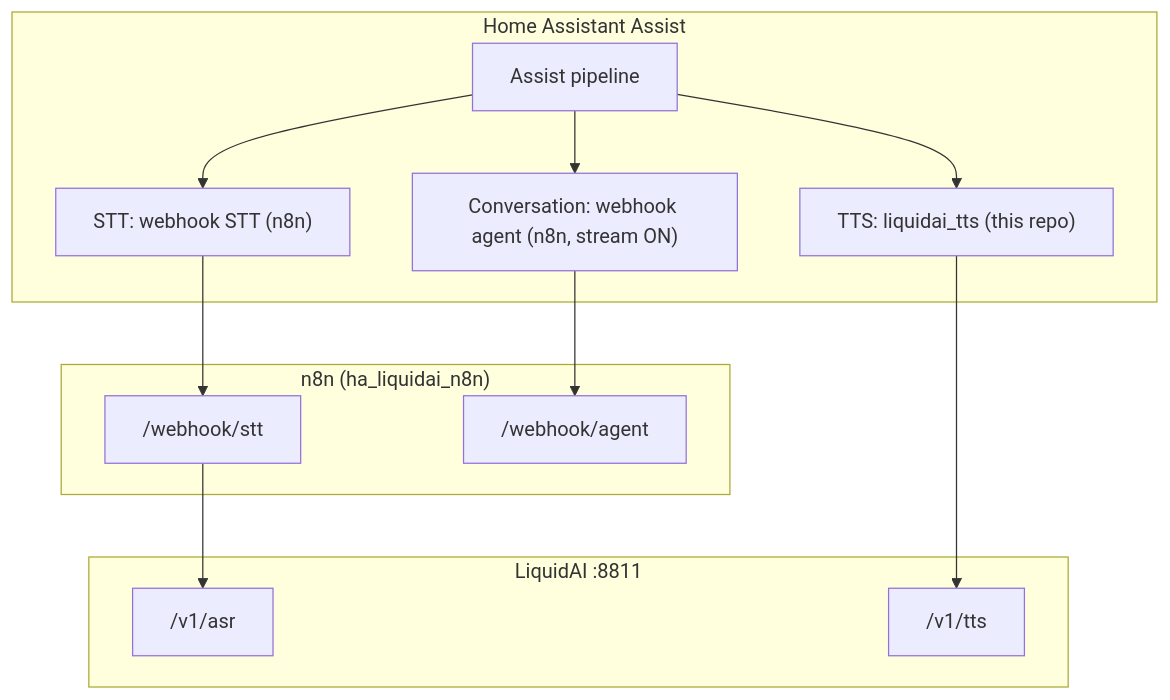
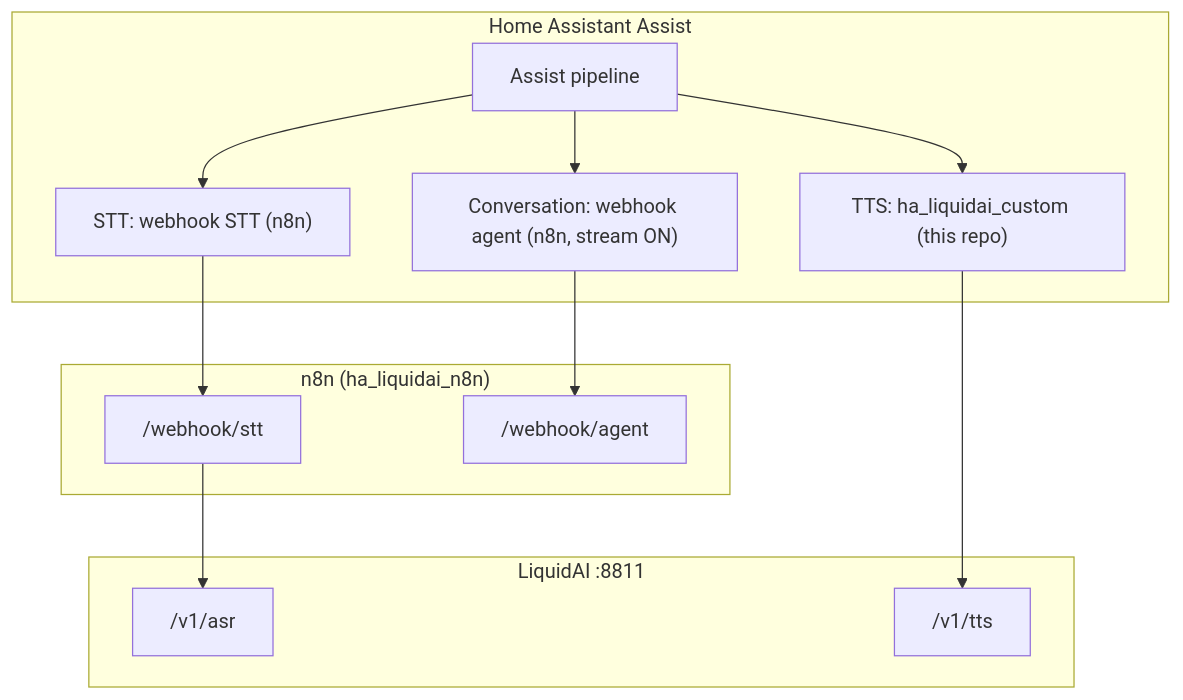
Before and after one commit to holger81/ha_liquidai: the first of 2 diagrams in PLAN.md, drawn with Mermaid. The commit also changed other lines of this file and 15 other files, not shown here.

First line of the commit message:
Rename integration domain to ha_liquidai_custom.

````diff
--- a/PLAN.md
+++ b/PLAN.md
@@ -30,23 +30,23 @@
 ```mermaid
 flowchart TB
   subgraph HA["Home Assistant Assist"]
     STT["STT: webhook STT (n8n)"]
     Agent["Conversation: webhook agent (n8n, stream ON)"]
-    TTS["TTS: liquidai_tts (this repo)"]
+    TTS["TTS: ha_liquidai_custom (this repo)"]
     Pipe["Assist pipeline"]
   end
 
   subgraph n8n["n8n (ha_liquidai_n8n)"]
     WH_STT["/webhook/stt"]
     WH_AGENT["/webhook/agent"]
   end
 
   subgraph Liquid["LiquidAI :8811"]
     ASR["/v1/asr"]
     TTSAPI["/v1/tts"]
   end
 
   Pipe --> STT --> WH_STT --> ASR
   Pipe --> Agent --> WH_AGENT
   Pipe --> TTS --> TTSAPI
 ```
````
